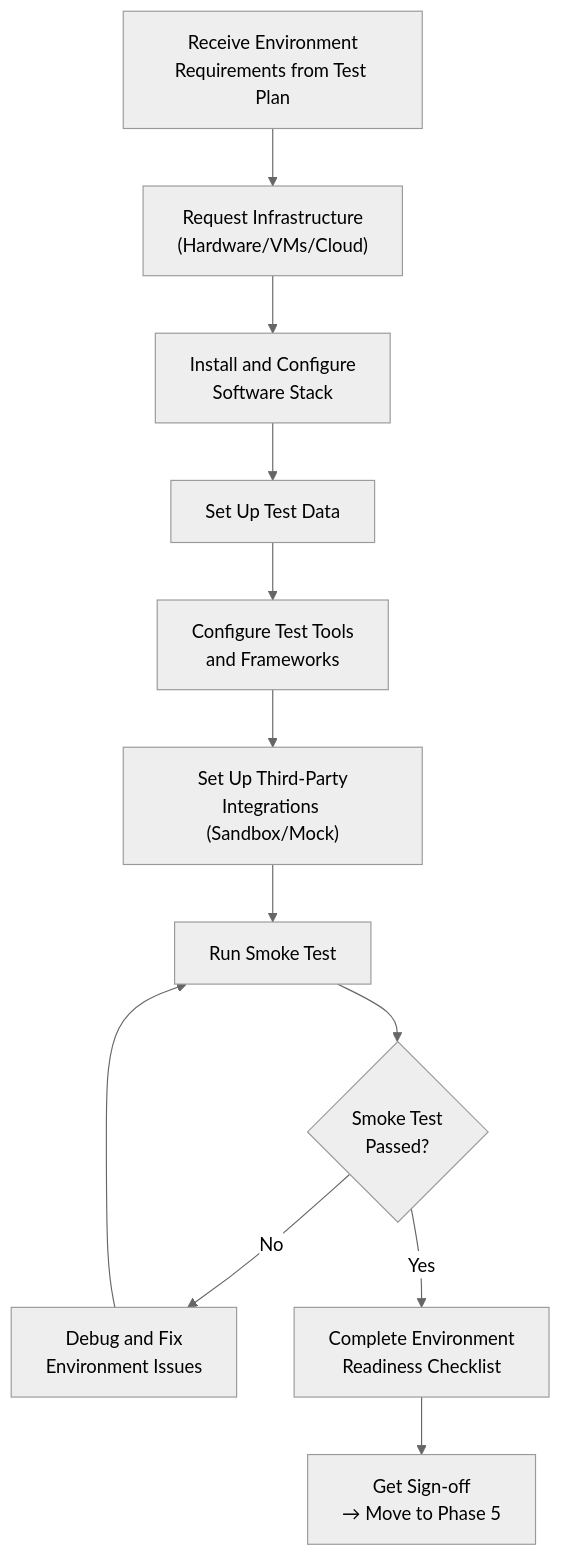
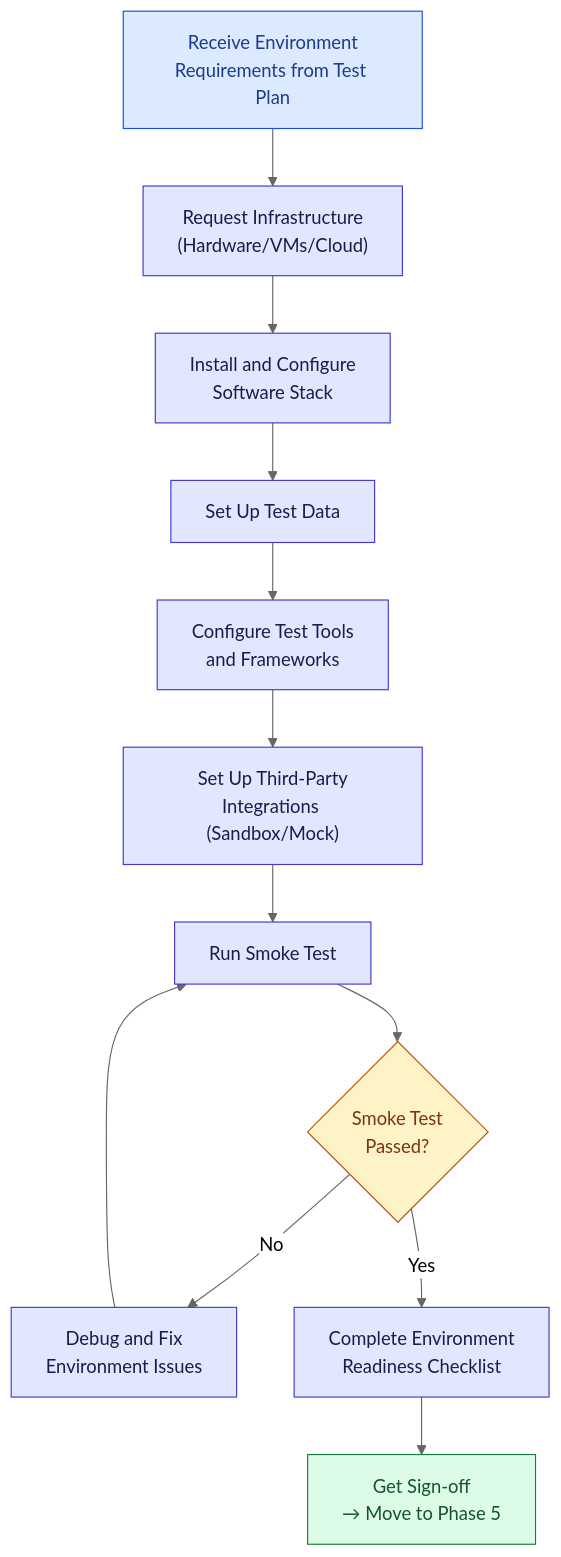
The sixth of 10 diagrams in Part_03_STLC.md (ghanendra-sdet/manual-testing-playbook), drawn with Mermaid (neutral theme) before and after one commit. The commit also changed other lines of this file and 15 other files, not shown here.

Commit message:
Fix broken routes and anchors; update OWASP 2025, ISTQB v4.0, WCAG 2.2, Jira/Zephyr naming and pricing; style diagrams

````diff
--- a/Part_03_STLC.md
+++ b/Part_03_STLC.md
@@ -1205,14 +1249,24 @@
 ```mermaid
 flowchart TD
-    A["Receive Environment\nRequirements from Test Plan"] --> B["Request Infrastructure\n(Hardware/VMs/Cloud)"]
-    B --> C["Install and Configure\nSoftware Stack"]
+    A["Receive Environment<br/>Requirements from Test Plan"] --> B["Request Infrastructure<br/>(Hardware/VMs/Cloud)"]
+    B --> C["Install and Configure<br/>Software Stack"]
     C --> D["Set Up Test Data"]
-    D --> E["Configure Test Tools\nand Frameworks"]
-    E --> F["Set Up Third-Party\nIntegrations (Sandbox/Mock)"]
+    D --> E["Configure Test Tools<br/>and Frameworks"]
+    E --> F["Set Up Third-Party<br/>Integrations (Sandbox/Mock)"]
     F --> G["Run Smoke Test"]
-    G --> H{"Smoke Test\nPassed?"}
-    H -- No --> I["Debug and Fix\nEnvironment Issues"]
+    G --> H{"Smoke Test<br/>Passed?"}
+    H -- No --> I["Debug and Fix<br/>Environment Issues"]
     I --> G
-    H -- Yes --> J["Complete Environment\nReadiness Checklist"]
-    J --> K["Get Sign-off\n→ Move to Phase 5"]
+    H -- Yes --> J["Complete Environment<br/>Readiness Checklist"]
+    J --> K["Get Sign-off<br/>→ Move to Phase 5"]
+
+    classDef start fill:#dbeafe,stroke:#1d4ed8,color:#1e3a8a
+    classDef step fill:#e0e7ff,stroke:#4338ca,color:#1e1b4b
+    classDef decision fill:#fef3c7,stroke:#b45309,color:#78350f
+    classDef good fill:#dcfce7,stroke:#15803d,color:#14532d
+    classDef bad fill:#fee2e2,stroke:#b91c1c,color:#7f1d1d
+    class A start
+    class B,C,D,E,F,G,I,J step
+    class H decision
+    class K good
 ```
````
